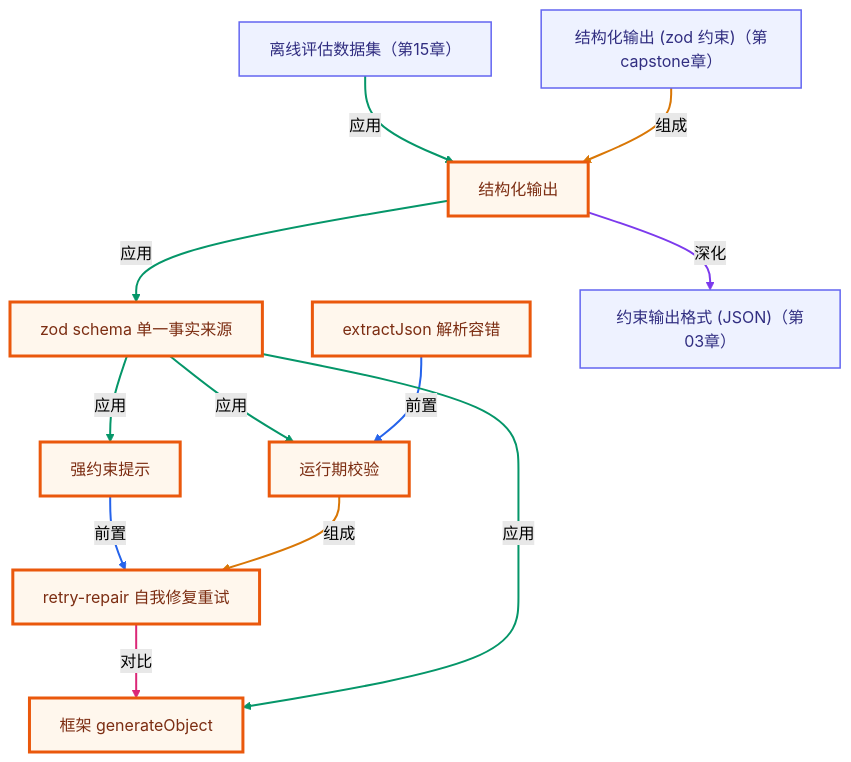
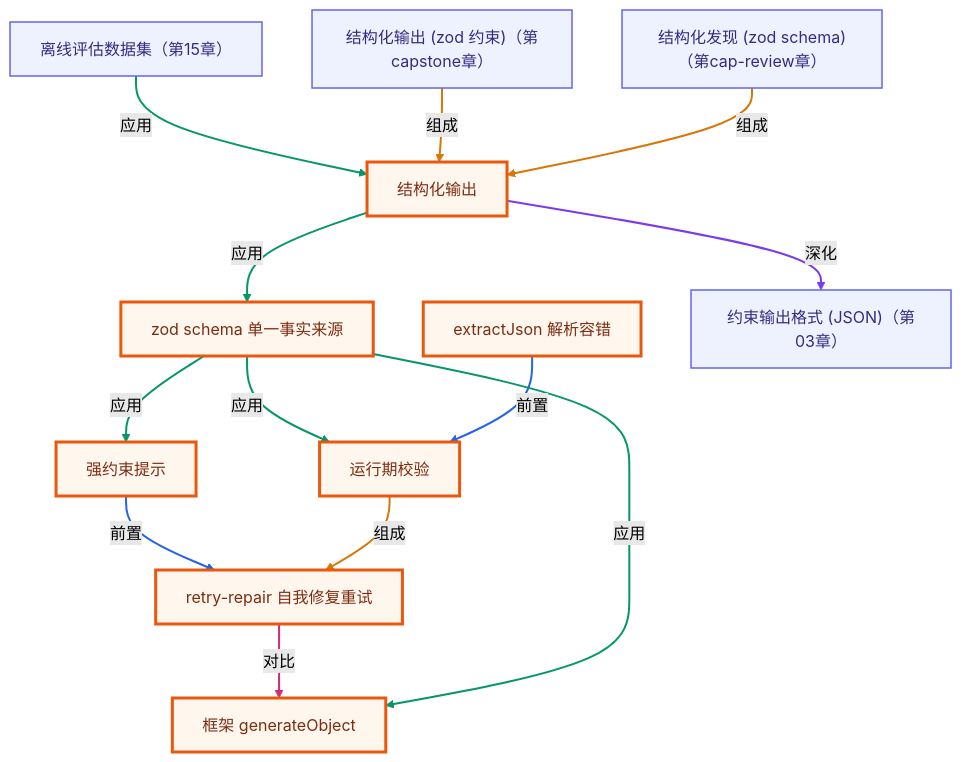
One commit to songuu/agent changed the second of 2 diagrams in lessons/13-structured-output/README.md. Above: the diagram before and after it, drawn with Mermaid (forest theme). The commit also changed other lines of this file and 46 other files, not shown here.

````diff
--- a/lessons/13-structured-output/README.md
+++ b/lessons/13-structured-output/README.md
@@ -203,39 +203,42 @@
 ```mermaid
 graph TB
   classDef own fill:#fff7ed,stroke:#ea580c,stroke-width:3px,color:#7c2d12;
   classDef cross fill:#eef2ff,stroke:#6366f1,stroke-width:1.5px,color:#312e81;
   n_c13_structured_output["结构化输出"]
   n_c13_zod_schema["zod schema 单一事实来源"]
   n_c13_strict_prompt["强约束提示"]
   n_c13_retry_repair["retry-repair 自我修复重试"]
   n_c13_extract_json["extractJson 解析容错"]
   n_c13_runtime_validation["运行期校验"]
   n_c13_generate_object["框架 generateObject"]
   n_c03_constrained_output["约束输出格式 (JSON)（第03章）"]
   n_c15_eval_dataset["离线评估数据集（第15章）"]
   n_ccapstone_structured_output["结构化输出 (zod 约束)（第capstone章）"]
+  n_crev_structured["结构化发现 (zod schema)（第cap-review章）"]
   n_c13_structured_output -->|应用| n_c13_zod_schema
   n_c13_zod_schema -->|应用| n_c13_strict_prompt
   n_c13_zod_schema -->|应用| n_c13_runtime_validation
   n_c13_strict_prompt -->|前置| n_c13_retry_repair
   n_c13_runtime_validation -->|组成| n_c13_retry_repair
   n_c13_extract_json -->|前置| n_c13_runtime_validation
   n_c13_retry_repair -->|对比| n_c13_generate_object
   n_c13_zod_schema -->|应用| n_c13_generate_object
   n_c13_structured_output -->|深化| n_c03_constrained_output
   n_c15_eval_dataset -->|应用| n_c13_structured_output
   n_ccapstone_structured_output -->|组成| n_c13_structured_output
+  n_crev_structured -->|组成| n_c13_structured_output
   class n_c13_structured_output,n_c13_zod_schema,n_c13_strict_prompt,n_c13_retry_repair,n_c13_extract_json,n_c13_runtime_validation,n_c13_generate_object own;
-  class n_c03_constrained_output,n_c15_eval_dataset,n_ccapstone_structured_output cross;
+  class n_c03_constrained_output,n_c15_eval_dataset,n_ccapstone_structured_output,n_crev_structured cross;
   linkStyle 0 stroke:#059669,stroke-width:2px;
   linkStyle 1 stroke:#059669,stroke-width:2px;
   linkStyle 2 stroke:#059669,stroke-width:2px;
   linkStyle 3 stroke:#2563eb,stroke-width:2px;
   linkStyle 4 stroke:#d97706,stroke-width:2px;
   linkStyle 5 stroke:#2563eb,stroke-width:2px;
   linkStyle 6 stroke:#db2777,stroke-width:2px;
   linkStyle 7 stroke:#059669,stroke-width:2px;
   linkStyle 8 stroke:#7c3aed,stroke-width:2px;
   linkStyle 9 stroke:#059669,stroke-width:2px;
   linkStyle 10 stroke:#d97706,stroke-width:2px;
+  linkStyle 11 stroke:#d97706,stroke-width:2px;
 ```
````
